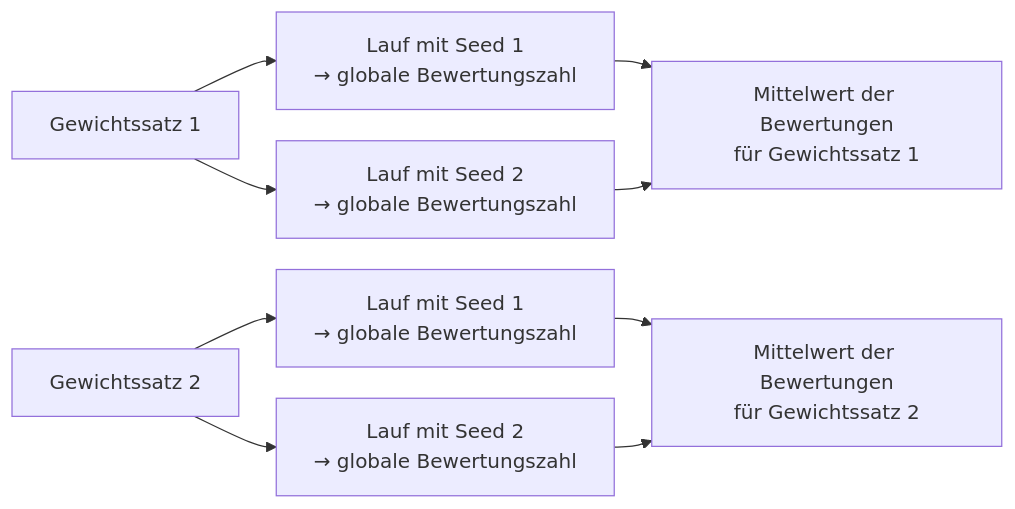
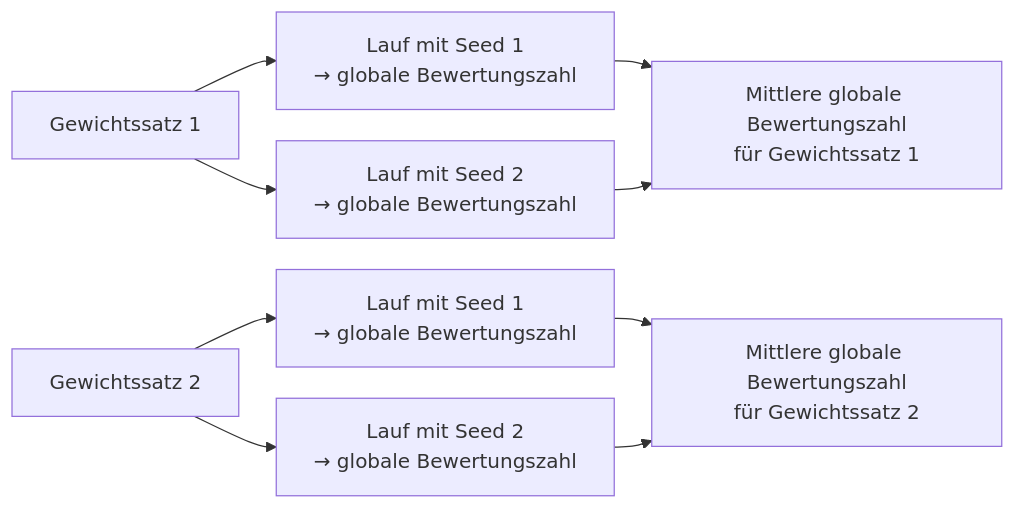
Before and after one commit to ghackenberg/SpineML: diagram 14 of 15 in README.md, drawn with Mermaid. The commit also changed other lines of this file, not shown here.

Commit message:
Unify optimization walkthrough and seed-based diagrams

````diff
--- a/README.md
+++ b/README.md
@@ -2040,19 +2079,19 @@
 ```mermaid
 ---
 config:
   flowchart:
     wrappingWidth: 220
     nodeSpacing: 25
     rankSpacing: 30
 ---
 flowchart LR
     W1["Gewichtssatz 1"] --> A1["Lauf mit Seed 1<br/>→ globale Bewertungszahl"]
     W1 --> A2["Lauf mit Seed 2<br/>→ globale Bewertungszahl"]
-    A1 --> M1["Mittelwert der Bewertungen<br/>für Gewichtssatz 1"]
+    A1 --> M1["Mittlere globale Bewertungszahl<br/>für Gewichtssatz 1"]
     A2 --> M1
 
     W2["Gewichtssatz 2"] --> B1["Lauf mit Seed 1<br/>→ globale Bewertungszahl"]
     W2 --> B2["Lauf mit Seed 2<br/>→ globale Bewertungszahl"]
-    B1 --> M2["Mittelwert der Bewertungen<br/>für Gewichtssatz 2"]
+    B1 --> M2["Mittlere globale Bewertungszahl<br/>für Gewichtssatz 2"]
     B2 --> M2
 ```
````
